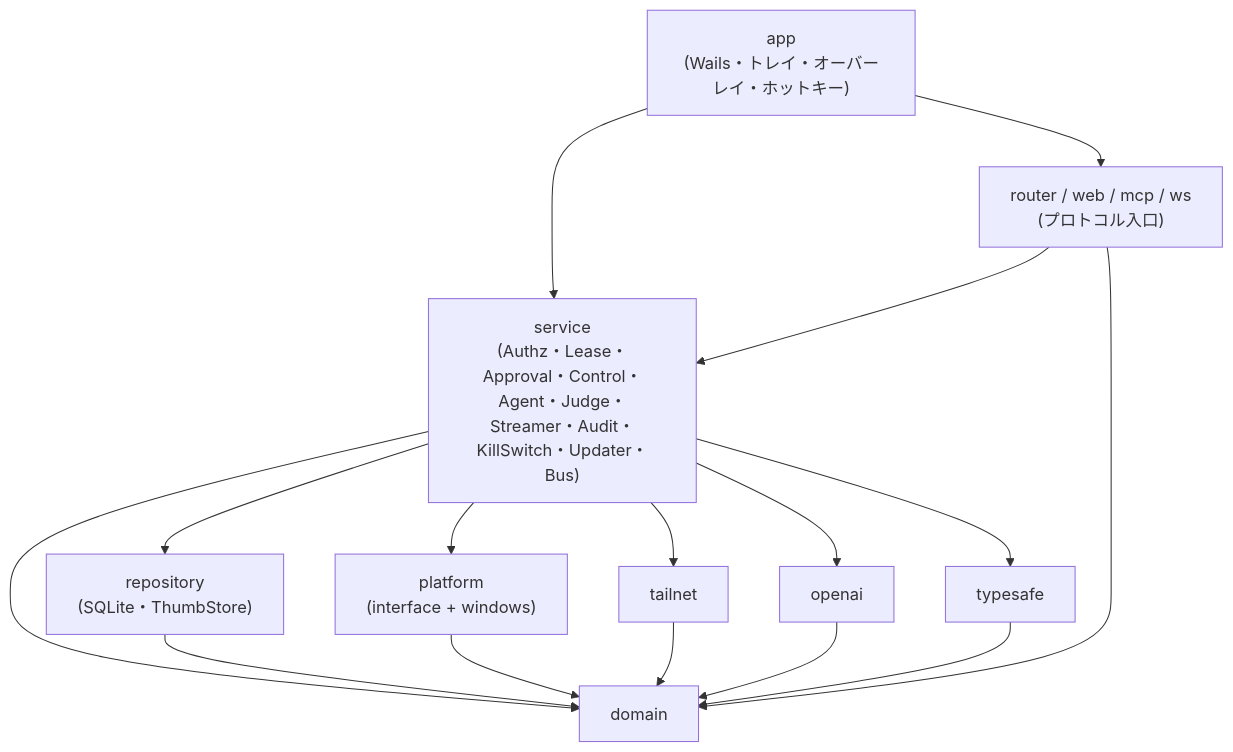
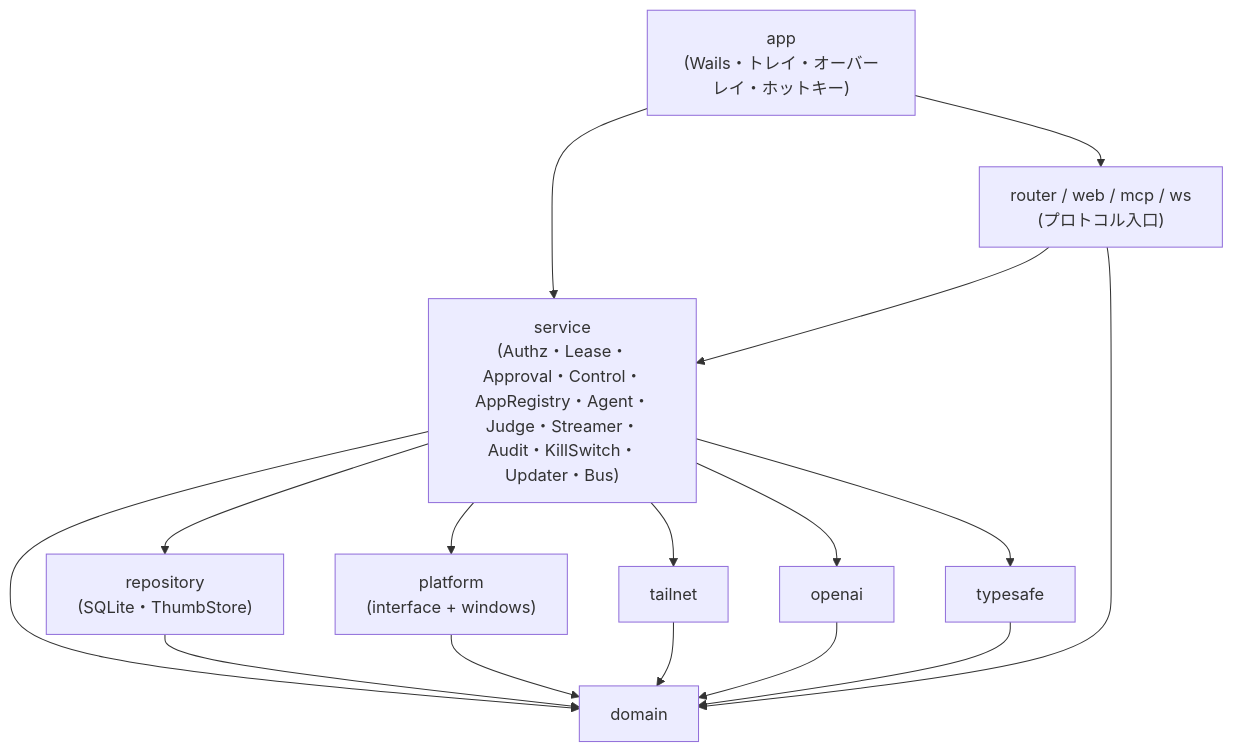
Before and after one commit to ousiassllc/puppet-remo: the first of 3 diagrams in docs/components/overview.md, drawn with Mermaid. The commit also changed other lines of this file and 8 other files, not shown here.

````diff
--- a/docs/components/overview.md
+++ b/docs/components/overview.md
@@ -9,28 +9,28 @@
 ```mermaid
 graph TD
     app["app<br/>(Wails・トレイ・オーバーレイ・ホットキー)"]
     router["router / web / mcp / ws<br/>(プロトコル入口)"]
-    svc["service<br/>(Authz・Lease・Approval・Control・Agent・Judge・Streamer・Audit・KillSwitch・Updater・Bus)"]
+    svc["service<br/>(Authz・Lease・Approval・Control・AppRegistry・Agent・Judge・Streamer・Audit・KillSwitch・Updater・Bus)"]
     repo["repository<br/>(SQLite・ThumbStore)"]
     plat["platform<br/>(interface + windows)"]
     tn["tailnet"]
     oa["openai"]
     ty["typesafe"]
     dom["domain"]
 
     app --> router
     app --> svc
     router --> svc
     svc --> repo
     svc --> plat
     svc --> tn
     svc --> oa
     svc --> ty
     svc --> dom
     repo --> dom
     plat --> dom
     tn --> dom
     oa --> dom
     ty --> dom
     router --> dom
 ```
````
